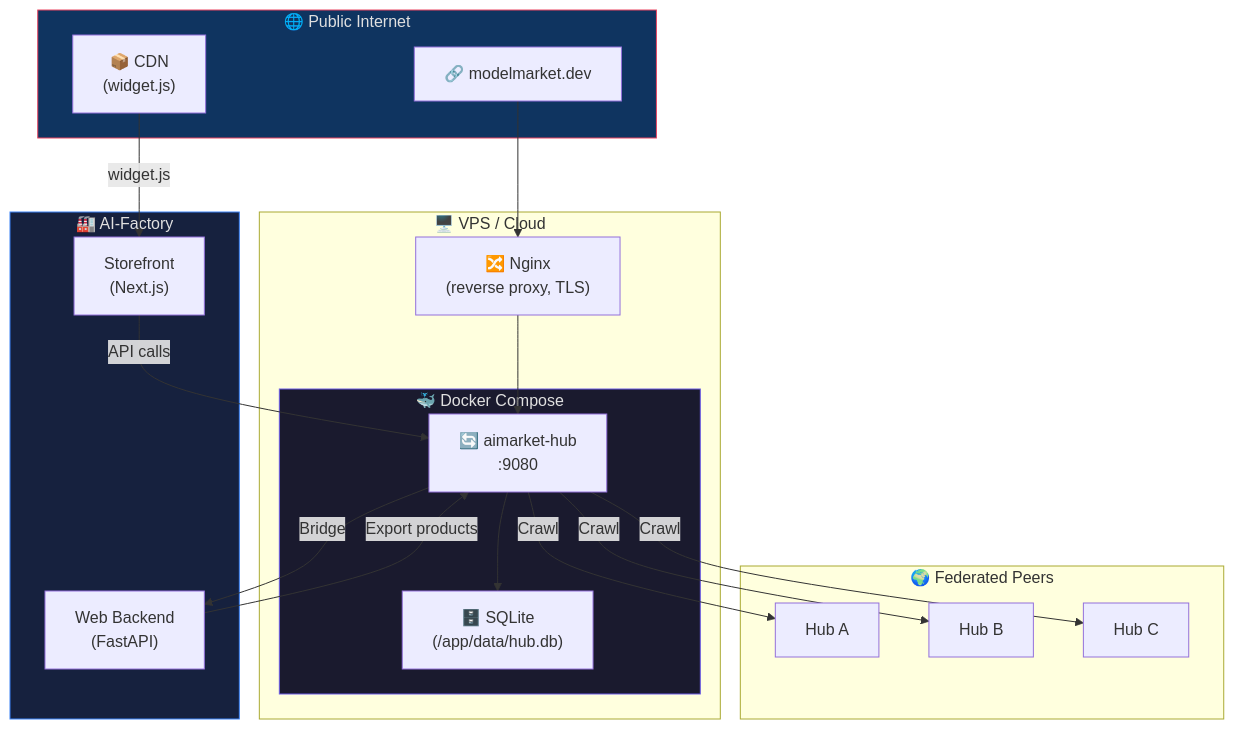
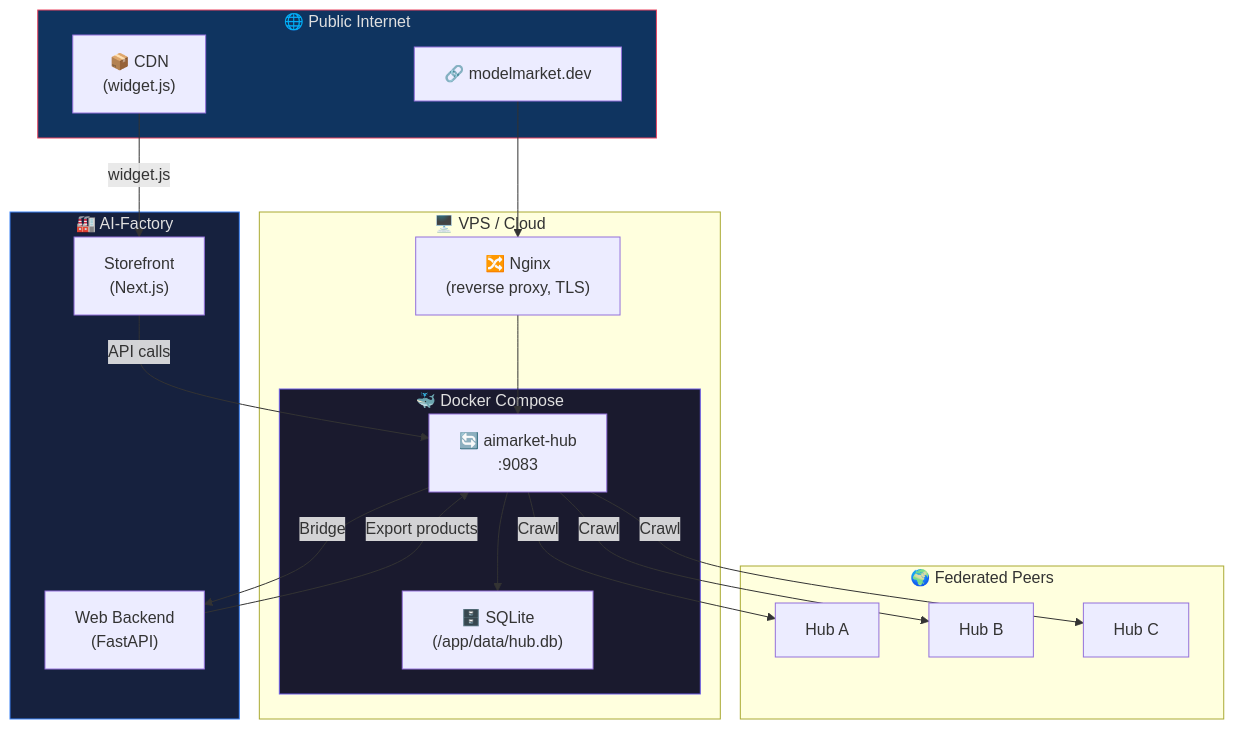
The sixth of 8 diagrams in docs/ARCHITECTURE.md (alexar76/aimarket-hub), drawn with Mermaid before and after one commit. The commit also changed 15 other files, not shown here.

First line of the commit message:
chore(satellite): sync aimarket-hub from aicom monorepo

````diff
--- a/docs/ARCHITECTURE.md
+++ b/docs/ARCHITECTURE.md
@@ -341,41 +341,41 @@
 ```mermaid
 graph TB
     subgraph Internet["🌐 Public Internet"]
         CDN["📦 CDN<br/>(widget.js)"]
         DNS["🔗 modelmarket.dev"]
     end
 
     subgraph VPS["🖥️ VPS / Cloud"]
         subgraph Docker["🐳 Docker Compose"]
-            HUB["🔄 aimarket-hub<br/>:9080"]
+            HUB["🔄 aimarket-hub<br/>:9083"]
             DB["🗄️ SQLite<br/>(/app/data/hub.db)"]
         end
         NGINX["🔀 Nginx<br/>(reverse proxy, TLS)"]
     end
 
     subgraph Peers["🌍 Federated Peers"]
         P1["Hub A"]
         P2["Hub B"]
         P3["Hub C"]
     end
 
     subgraph Factory["🏭 AI-Factory"]
         FW["Web Backend<br/>(FastAPI)"]
         FE["Storefront<br/>(Next.js)"]
     end
 
     DNS --> NGINX
     NGINX --> HUB
     HUB --> DB
     HUB -->|"Crawl"| P1
     HUB -->|"Crawl"| P2
     HUB -->|"Crawl"| P3
     HUB -->|"Bridge"| FW
     CDN -->|"widget.js"| FE
     FE -->|"API calls"| HUB
     FW -->|"Export products"| HUB
 
     style Docker fill:#1a1a2e,stroke:#6c5ce7,color:#e0e0e0
     style Internet fill:#0f3460,stroke:#e94560,color:#e0e0e0
     style Factory fill:#16213e,stroke:#3b82f6,color:#e0e0e0
 ```
````
